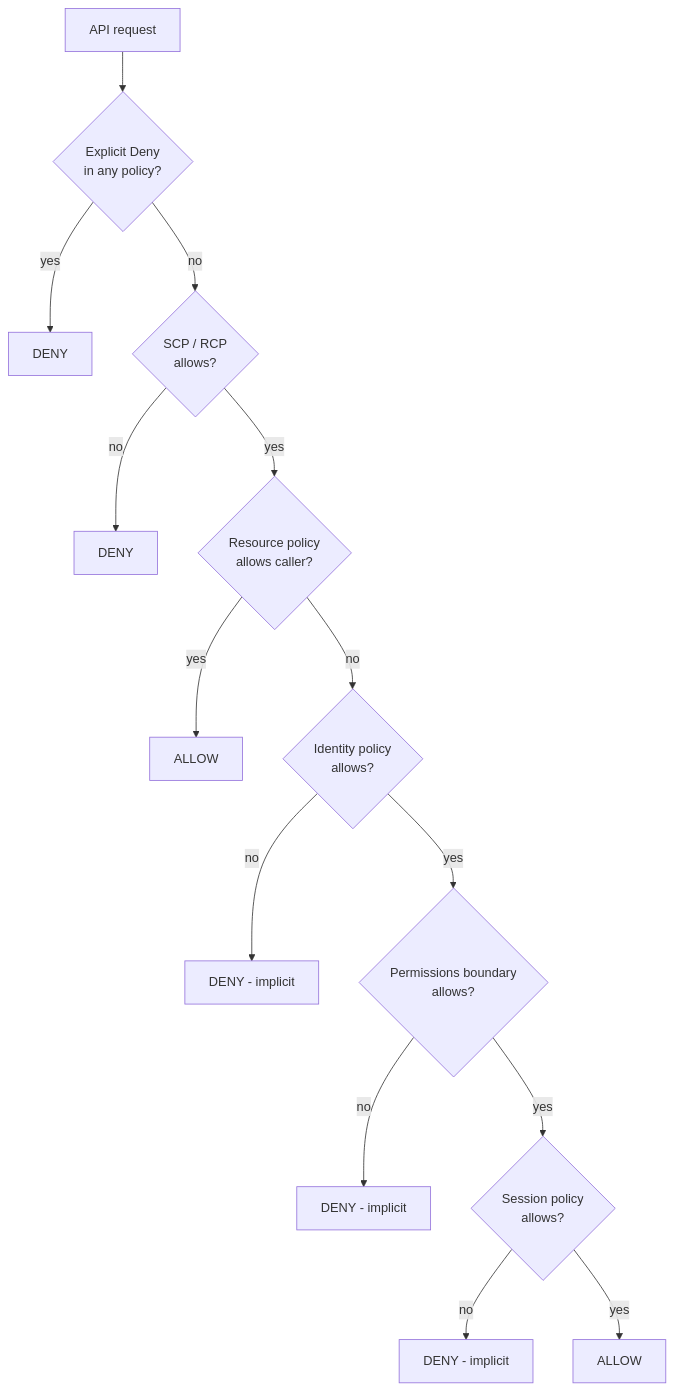
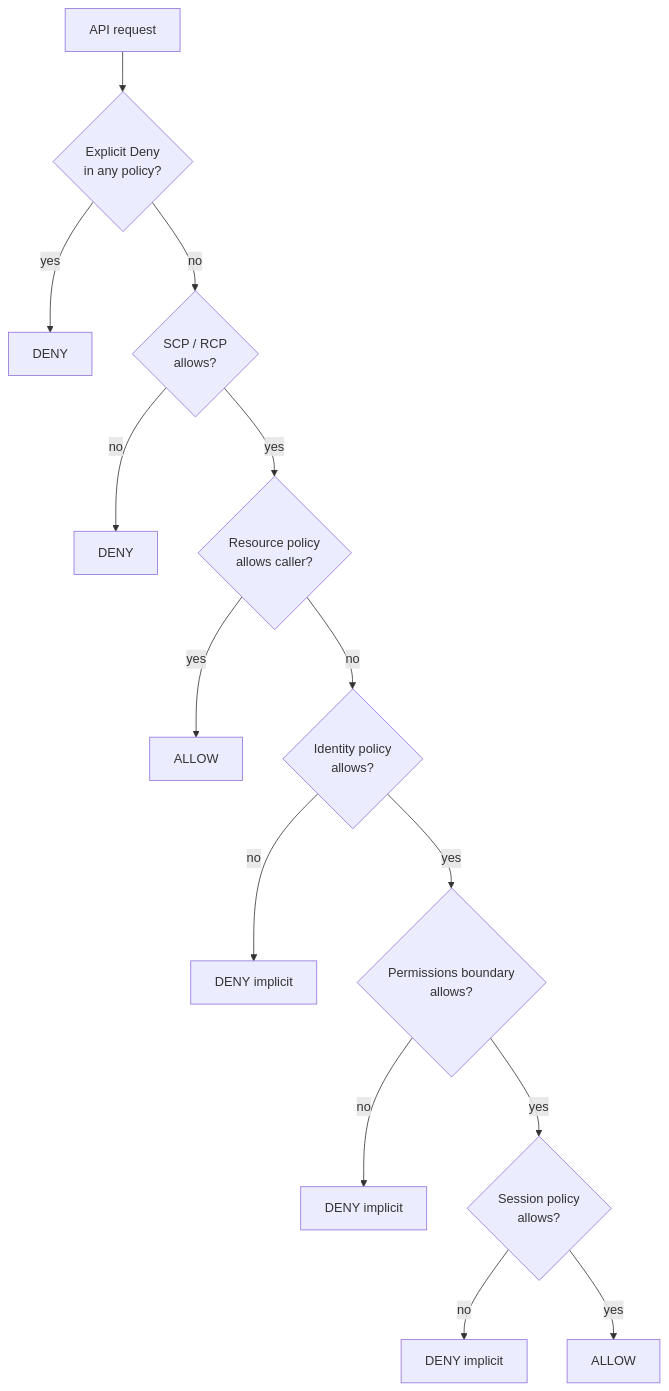
One commit to nguyen-brat/nguyen-brat.github.io changed the third of 5 diagrams in site/src/content/chapters/04-aws-identity-and-access-management-iam.md. Above: the diagram before and after it, drawn with Mermaid. The commit also changed other lines of this file and 4 other files, not shown here.

Commit message:
content: chapters 1-5 (concise, diagram-first)

````diff
--- a/site/src/content/chapters/04-aws-identity-and-access-management-iam.md
+++ b/site/src/content/chapters/04-aws-identity-and-access-management-iam.md
@@ -393,16 +154,16 @@
 ```mermaid
 flowchart TD
     A[API request] --> B{Explicit Deny<br/>in any policy?}
     B -- yes --> D1[DENY]
     B -- no --> C{SCP / RCP<br/>allows?}
     C -- no --> D2[DENY]
     C -- yes --> E{Resource policy<br/>allows caller?}
     E -- yes --> OK1[ALLOW]
     E -- no --> F{Identity policy<br/>allows?}
-    F -- no --> D3[DENY - implicit]
+    F -- no --> D3[DENY implicit]
     F -- yes --> G{Permissions boundary<br/>allows?}
-    G -- no --> D4[DENY - implicit]
+    G -- no --> D4[DENY implicit]
     G -- yes --> H{Session policy<br/>allows?}
-    H -- no --> D5[DENY - implicit]
+    H -- no --> D5[DENY implicit]
     H -- yes --> OK2[ALLOW]
 ```
````
